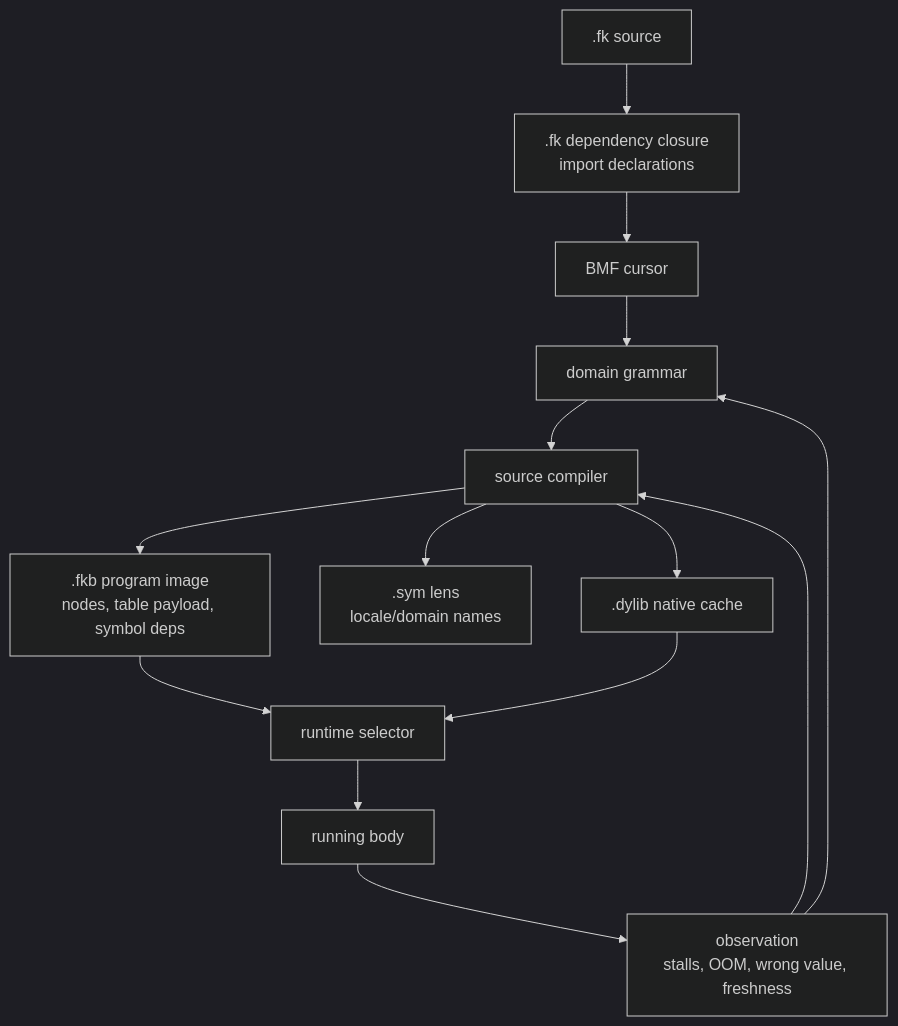
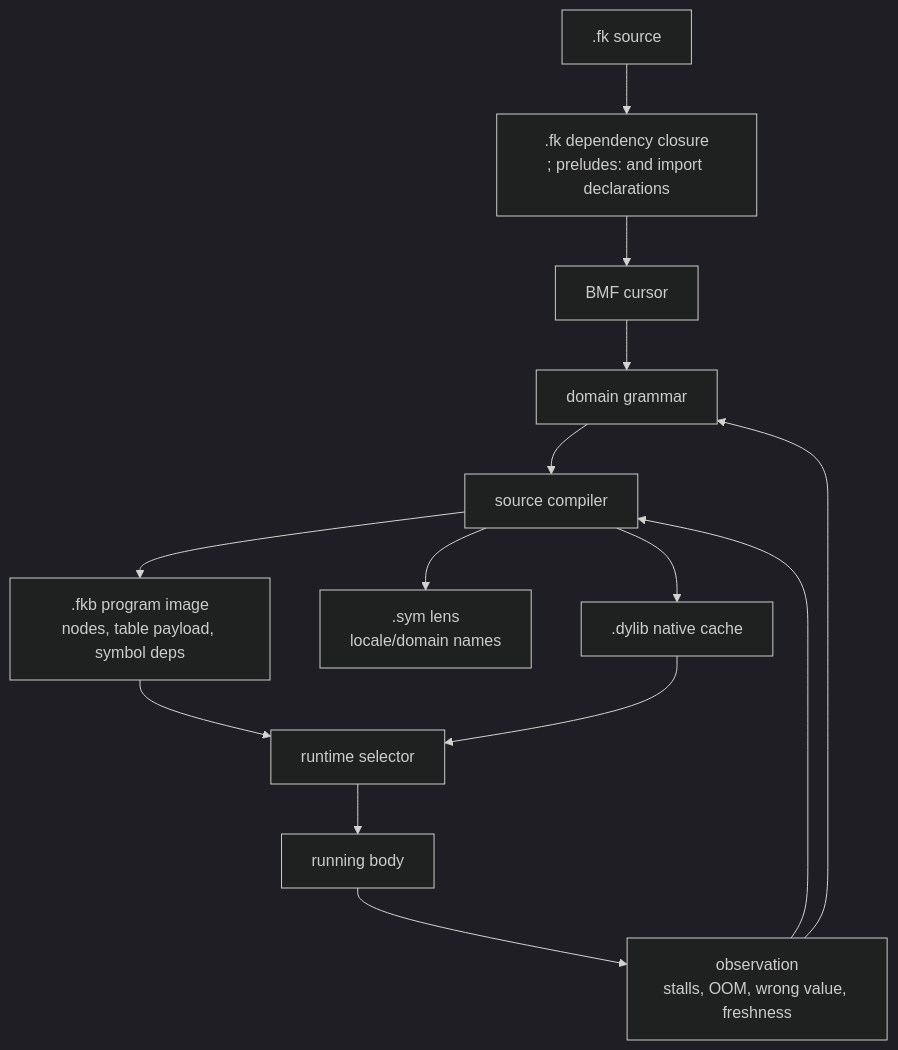
One commit to seeker71/coherence-kernel changed the diagram in docs/coherence-substrate/source-runtime-release-map.md. Above: the diagram before and after it, drawn with Mermaid (dark theme). The commit also changed other lines of this file and 35 other files, not shown here.

First line of the commit message:
Thirty-five docs and roadmaps re-grounded on 2026-09-04; one generated snapshot leaves

````diff
--- a/docs/coherence-substrate/source-runtime-release-map.md
+++ b/docs/coherence-substrate/source-runtime-release-map.md
@@ -10,28 +10,28 @@
 ```mermaid
 flowchart TD
     Source[".fk source"]
-    Deps[".fk dependency closure<br/>import declarations"]
+    Deps[".fk dependency closure<br/>; preludes: and import declarations"]
     Cursor["BMF cursor"]
     Grammar["domain grammar"]
     Compiler["source compiler"]
     Fkb[".fkb program image<br/>nodes, table payload, symbol deps"]
     Sym[".sym lens<br/>locale/domain names"]
     Dylib[".dylib native cache"]
     Selector["runtime selector"]
     Runtime["running body"]
     Observe["observation<br/>stalls, OOM, wrong value, freshness"]
 
     Source --> Deps
     Deps --> Cursor
     Cursor --> Grammar
     Grammar --> Compiler
     Compiler --> Fkb
     Compiler --> Sym
     Compiler --> Dylib
     Fkb --> Selector
     Dylib --> Selector
     Selector --> Runtime
     Runtime --> Observe
     Observe --> Grammar
     Observe --> Compiler
 ```
````
